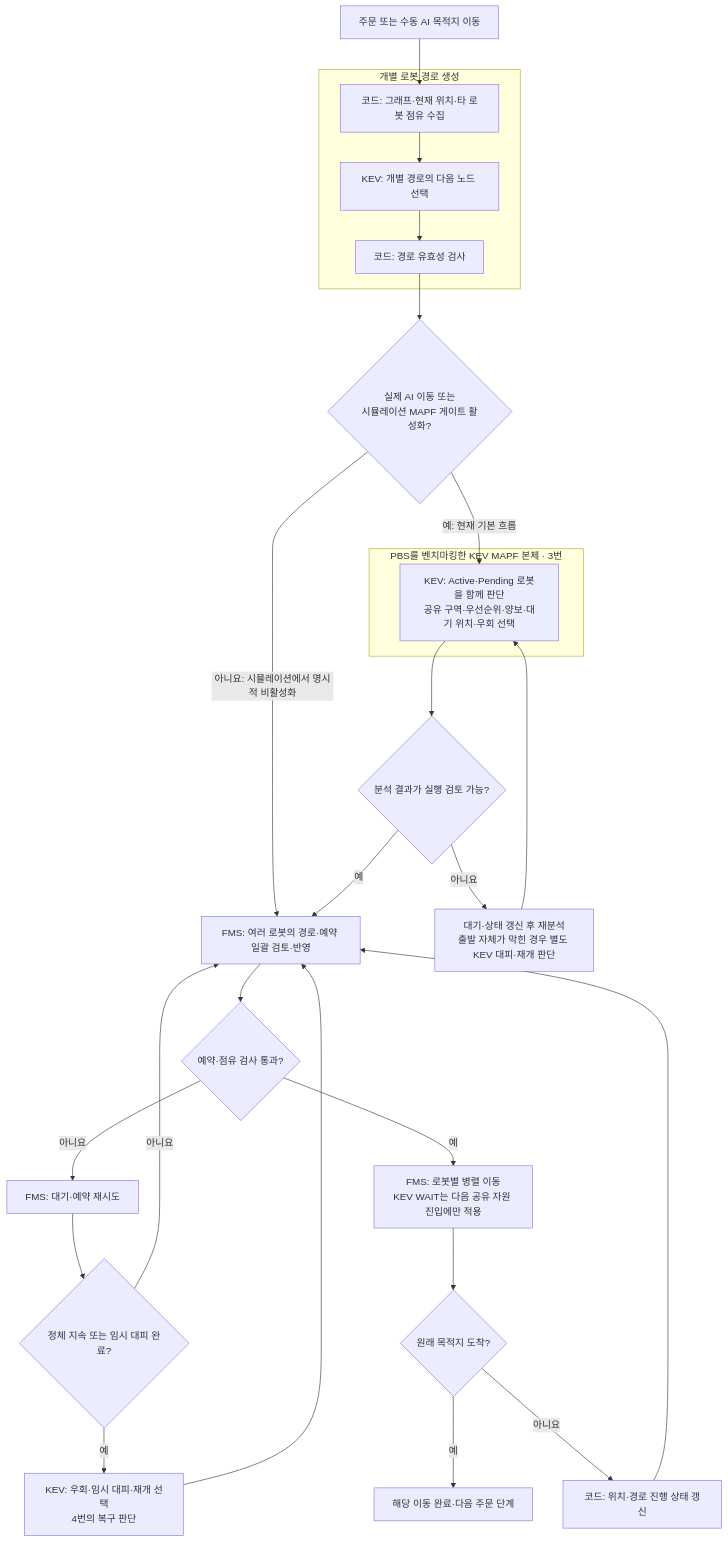
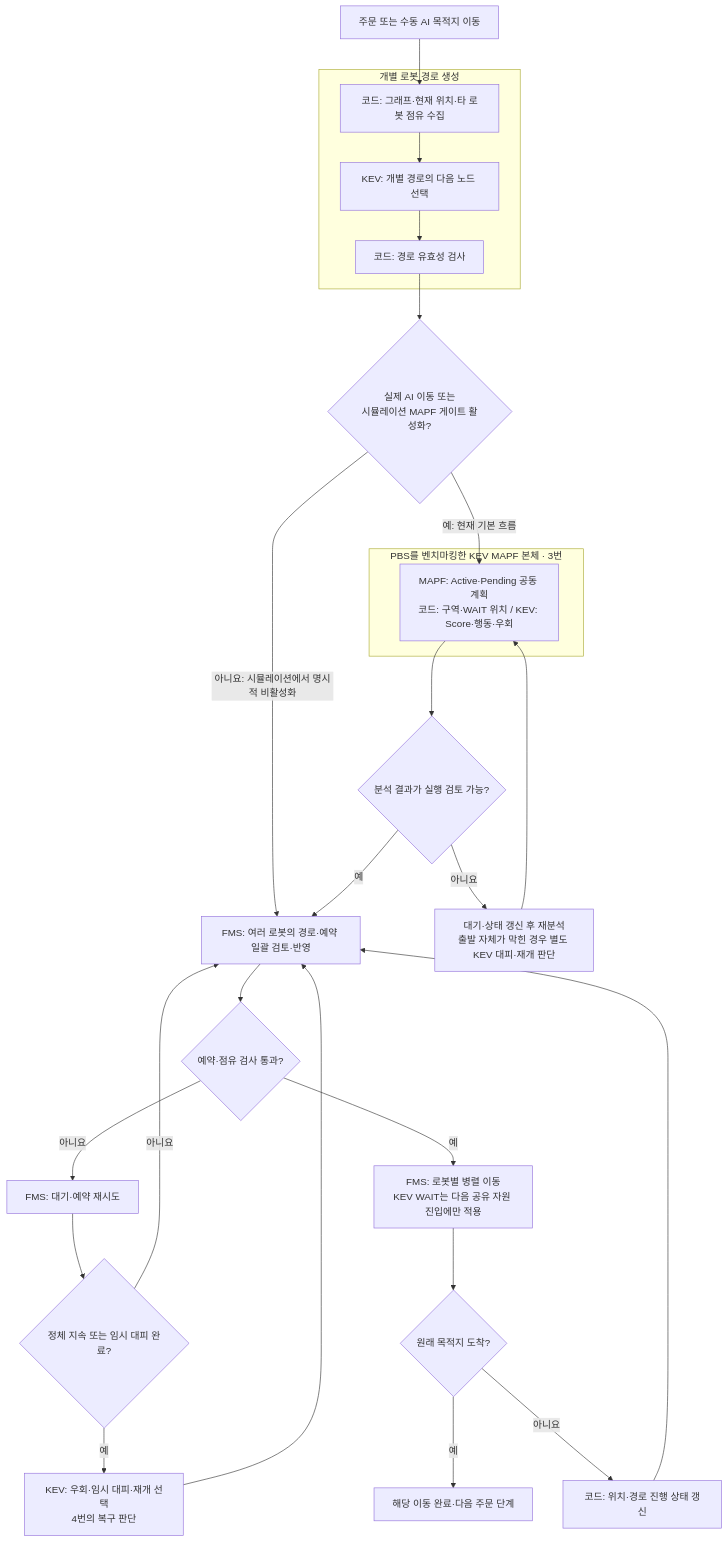
One commit to E1I6-Logistics/Logistics_AI changed the first of 6 diagrams in docs/kev_mapf_flowchart.md. Above: the diagram before and after it, drawn with Mermaid. The commit also changed other lines of this file and 25 other files, not shown here.

First line of the commit message:
refactor(mapf): KEV 판단 단순화와 자동배차 시험 기록 개선

````diff
--- a/docs/kev_mapf_flowchart.md
+++ b/docs/kev_mapf_flowchart.md
@@ -56,31 +56,31 @@
 ```mermaid
 flowchart TD
     A["주문 또는 수동 AI 목적지 이동"] --> B
     subgraph ROUTE["개별 로봇 경로 생성"]
         B["코드: 그래프·현재 위치·타 로봇 점유 수집"] --> C["KEV: 개별 경로의 다음 노드 선택"]
         C --> D["코드: 경로 유효성 검사"]
     end
     D --> E{"실제 AI 이동 또는<br/>시뮬레이션 MAPF 게이트 활성화?"}
 
     E -- "아니요: 시뮬레이션에서 명시적 비활성화" --> H["FMS: 여러 로봇의 경로·예약 일괄 검토·반영"]
     E -- "예: 현재 기본 흐름" --> F
     subgraph MAPF["PBS를 벤치마킹한 KEV MAPF 본체 · 3번"]
-        F["KEV: Active·Pending 로봇을 함께 판단<br/>공유 구역·우선순위·양보·대기 위치·우회 선택"]
+        F["MAPF: Active·Pending 공동 계획<br/>코드: 구역·WAIT 위치 / KEV: Score·행동·우회"]
     end
     F --> G{"분석 결과가 실행 검토 가능?"}
     G -- 아니요 --> W["대기·상태 갱신 후 재분석<br/>출발 자체가 막힌 경우 별도 KEV 대피·재개 판단"]
     W --> F
     G -- 예 --> H
 
     H --> I{"예약·점유 검사 통과?"}
     I -- 아니요 --> J["FMS: 대기·예약 재시도"]
     I -- 예 --> K["FMS: 로봇별 병렬 이동<br/>KEV WAIT는 다음 공유 자원 진입에만 적용"]
     K --> L{"원래 목적지 도착?"}
     L -- 예 --> Z["해당 이동 완료·다음 주문 단계"]
     L -- 아니요 --> M["코드: 위치·경로 진행 상태 갱신"]
     M --> H
     J --> N{"정체 지속 또는 임시 대피 완료?"}
     N -- 아니요 --> H
     N -- 예 --> O["KEV: 우회·임시 대피·재개 선택<br/>4번의 복구 판단"]
     O --> H
 ```
````
